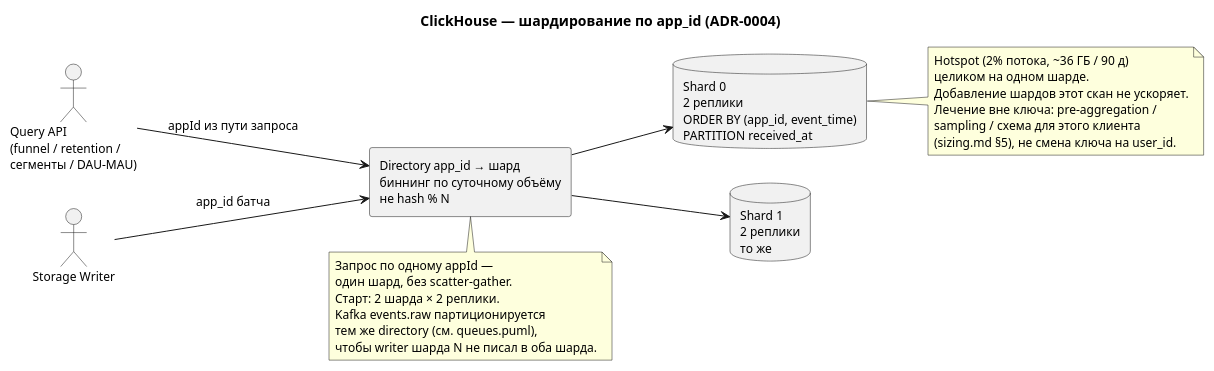
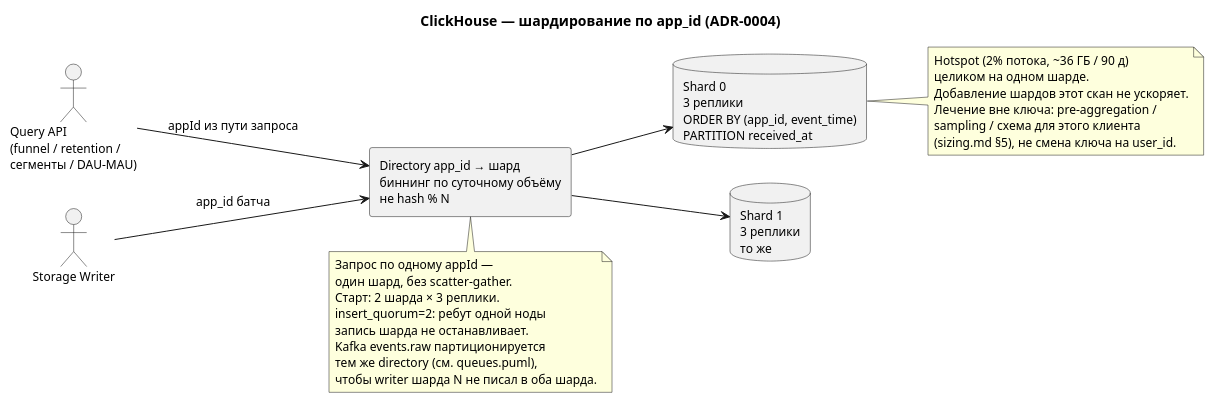
Before and after one commit to grahovsky/otus-systemdesign-homework: the diagram in hw_06/solution/diagrams/sharding.puml, drawn with PlantUML. The commit also changed 8 other files, not shown here.

```diff
--- a/hw_06/solution/diagrams/sharding.puml
+++ b/hw_06/solution/diagrams/sharding.puml
@@ -1,39 +1,41 @@
 @startuml sharding
 title ClickHouse — шардирование по app_id (ADR-0004)
 
 left to right direction
 skinparam defaultFontSize 12
 skinparam componentStyle rectangle
 
 actor "Query API\n(funnel / retention /\nсегменты / DAU-MAU)" as query
 actor "Storage Writer" as writer
 
 rectangle "Directory app_id → шард\nбиннинг по суточному объёму\nне hash % N" as dir
 
-database "Shard 0\n2 реплики\nORDER BY (app_id, event_time)\nPARTITION received_at" as s0
-database "Shard 1\n2 реплики\nто же" as s1
+database "Shard 0\n3 реплики\nORDER BY (app_id, event_time)\nPARTITION received_at" as s0
+database "Shard 1\n3 реплики\nто же" as s1
 
 query --> dir : appId из пути запроса
 writer --> dir : app_id батча
 dir --> s0
 dir --> s1
 
 note bottom of dir
   Запрос по одному appId —
   один шард, без scatter-gather.
-  Старт: 2 шарда × 2 реплики.
+  Старт: 2 шарда × 3 реплики.
+  insert_quorum=2: ребут одной ноды
+  запись шарда не останавливает.
   Kafka events.raw партиционируется
   тем же directory (см. queues.puml),
   чтобы writer шарда N не писал в оба шарда.
 end note
 
 note right of s0
   Hotspot (2% потока, ~36 ГБ / 90 д)
   целиком на одном шарде.
   Добавление шардов этот скан не ускоряет.
   Лечение вне ключа: pre-aggregation /
   sampling / схема для этого клиента
   (sizing.md §5), не смена ключа на user_id.
 end note
 
 @enduml
```
